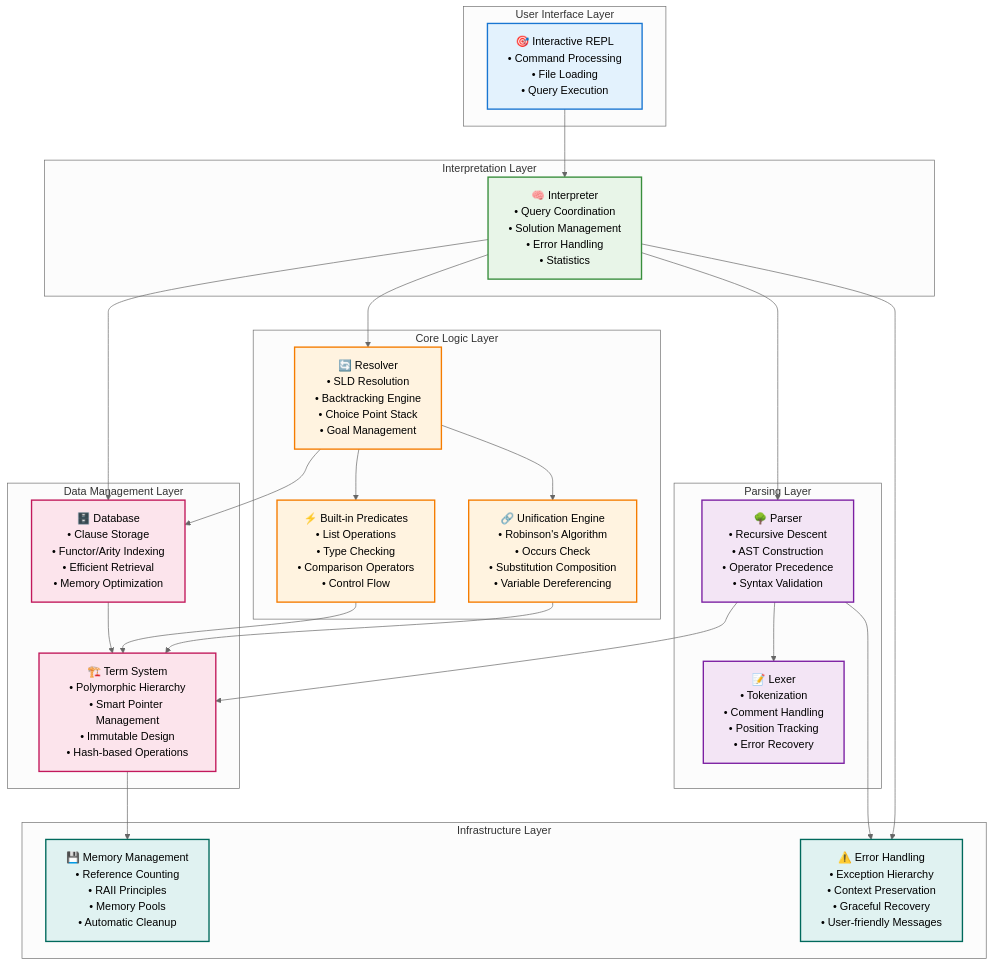
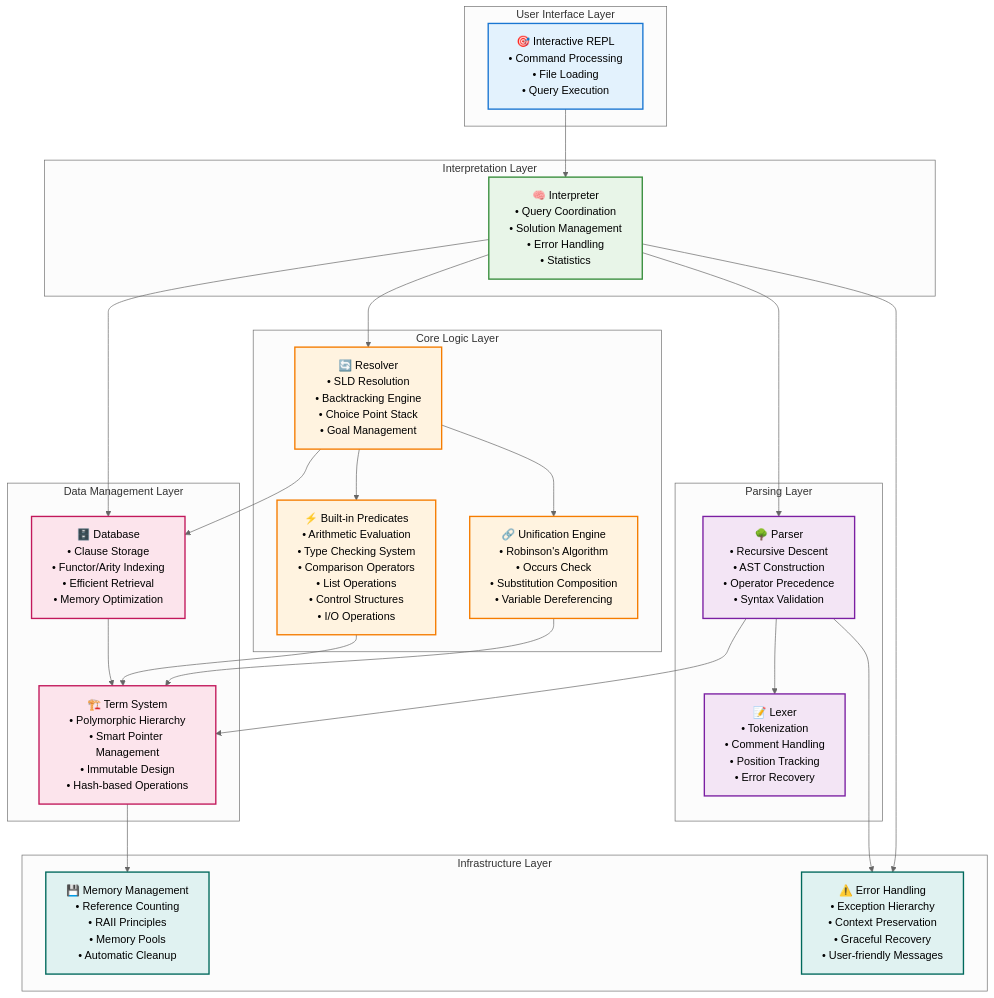
Before and after one commit to cschladetsch/CppProlog: the first of 6 diagrams in docs/ARCHITECTURE.md, drawn with Mermaid (neutral theme). The commit also changed other lines of this file and 32 other files, not shown here.

````diff
--- a/docs/ARCHITECTURE.md
+++ b/docs/ARCHITECTURE.md
@@ -33,70 +33,70 @@
 ```mermaid
 graph TB
     subgraph "User Interface Layer"
         UI["🎯 Interactive REPL<br/>• Command Processing<br/>• File Loading<br/>• Query Execution"]
     end
     
     subgraph "Interpretation Layer"
         INT["🧠 Interpreter<br/>• Query Coordination<br/>• Solution Management<br/>• Error Handling<br/>• Statistics"]
     end
     
     subgraph "Core Logic Layer"
         RES["🔄 Resolver<br/>• SLD Resolution<br/>• Backtracking Engine<br/>• Choice Point Stack<br/>• Goal Management"]
         
         UNI["🔗 Unification Engine<br/>• Robinson's Algorithm<br/>• Occurs Check<br/>• Substitution Composition<br/>• Variable Dereferencing"]
         
-        BIP["⚡ Built-in Predicates<br/>• List Operations<br/>• Type Checking<br/>• Comparison Operators<br/>• Control Flow"]
+        BIP["⚡ Built-in Predicates<br/>• Arithmetic Evaluation<br/>• Type Checking System<br/>• Comparison Operators<br/>• List Operations<br/>• Control Structures<br/>• I/O Operations"]
     end
     
     subgraph "Data Management Layer"
         DB["🗄️ Database<br/>• Clause Storage<br/>• Functor/Arity Indexing<br/>• Efficient Retrieval<br/>• Memory Optimization"]
         
         TERMS["🏗️ Term System<br/>• Polymorphic Hierarchy<br/>• Smart Pointer Management<br/>• Immutable Design<br/>• Hash-based Operations"]
     end
     
     subgraph "Parsing Layer"
         LEX["📝 Lexer<br/>• Tokenization<br/>• Comment Handling<br/>• Position Tracking<br/>• Error Recovery"]
         
         PAR["🌳 Parser<br/>• Recursive Descent<br/>• AST Construction<br/>• Operator Precedence<br/>• Syntax Validation"]
     end
     
     subgraph "Infrastructure Layer"
         MEM["💾 Memory Management<br/>• Reference Counting<br/>• RAII Principles<br/>• Memory Pools<br/>• Automatic Cleanup"]
         
         ERR["⚠️ Error Handling<br/>• Exception Hierarchy<br/>• Context Preservation<br/>• Graceful Recovery<br/>• User-friendly Messages"]
     end
     
     UI --> INT
     INT --> RES
     INT --> DB
     INT --> PAR
     
     RES --> UNI
     RES --> BIP
     RES --> DB
     
     PAR --> LEX
     PAR --> TERMS
     
     UNI --> TERMS
     BIP --> TERMS
     DB --> TERMS
     
     TERMS --> MEM
     INT --> ERR
     PAR --> ERR
     
     classDef userLayer fill:#e3f2fd,stroke:#1976d2,stroke-width:2px
     classDef interpretLayer fill:#e8f5e8,stroke:#388e3c,stroke-width:2px
     classDef coreLayer fill:#fff3e0,stroke:#f57c00,stroke-width:2px
     classDef dataLayer fill:#fce4ec,stroke:#c2185b,stroke-width:2px
     classDef parseLayer fill:#f3e5f5,stroke:#7b1fa2,stroke-width:2px
     classDef infraLayer fill:#e0f2f1,stroke:#00695c,stroke-width:2px
     
     class UI userLayer
     class INT interpretLayer
     class RES,UNI,BIP coreLayer
     class DB,TERMS dataLayer
     class LEX,PAR parseLayer
     class MEM,ERR infraLayer
 ```
````
